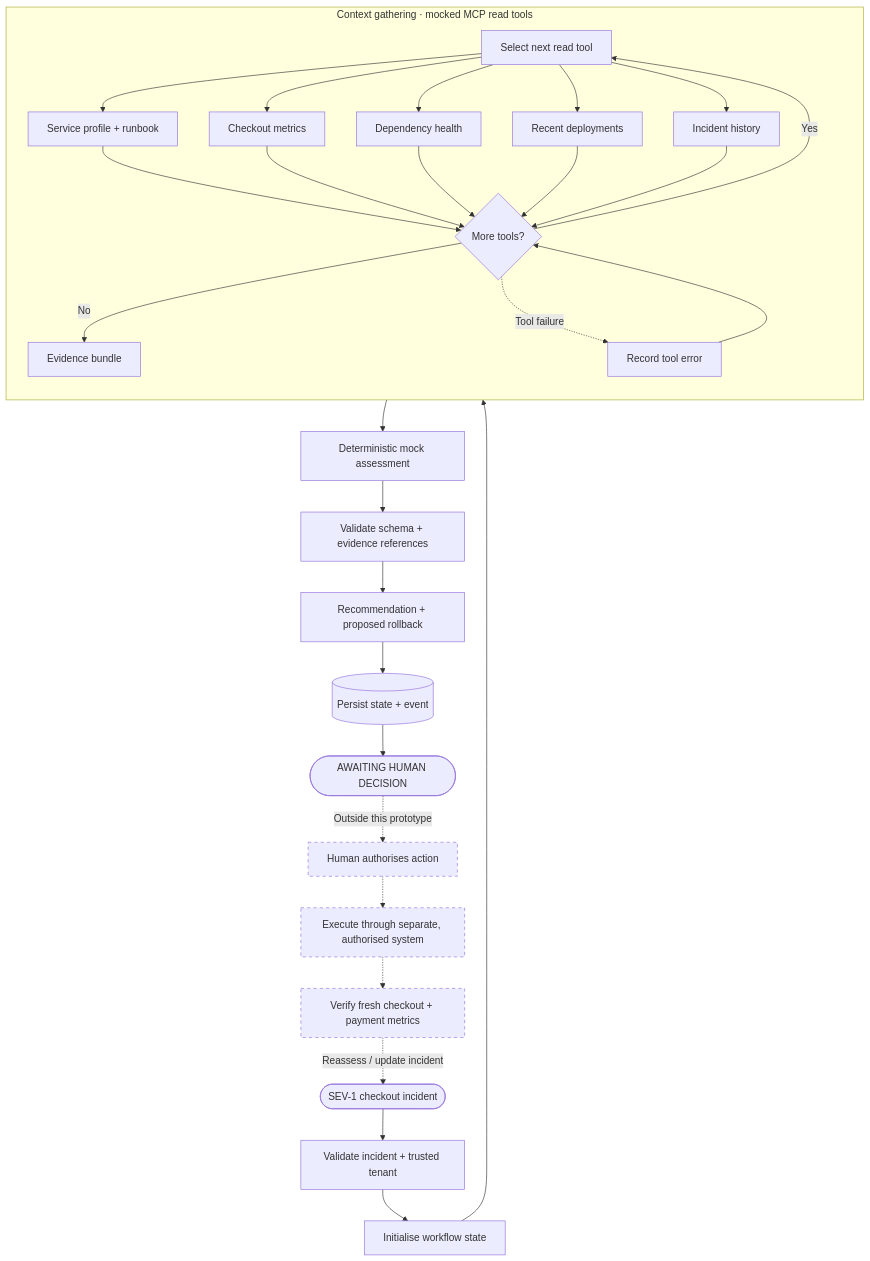
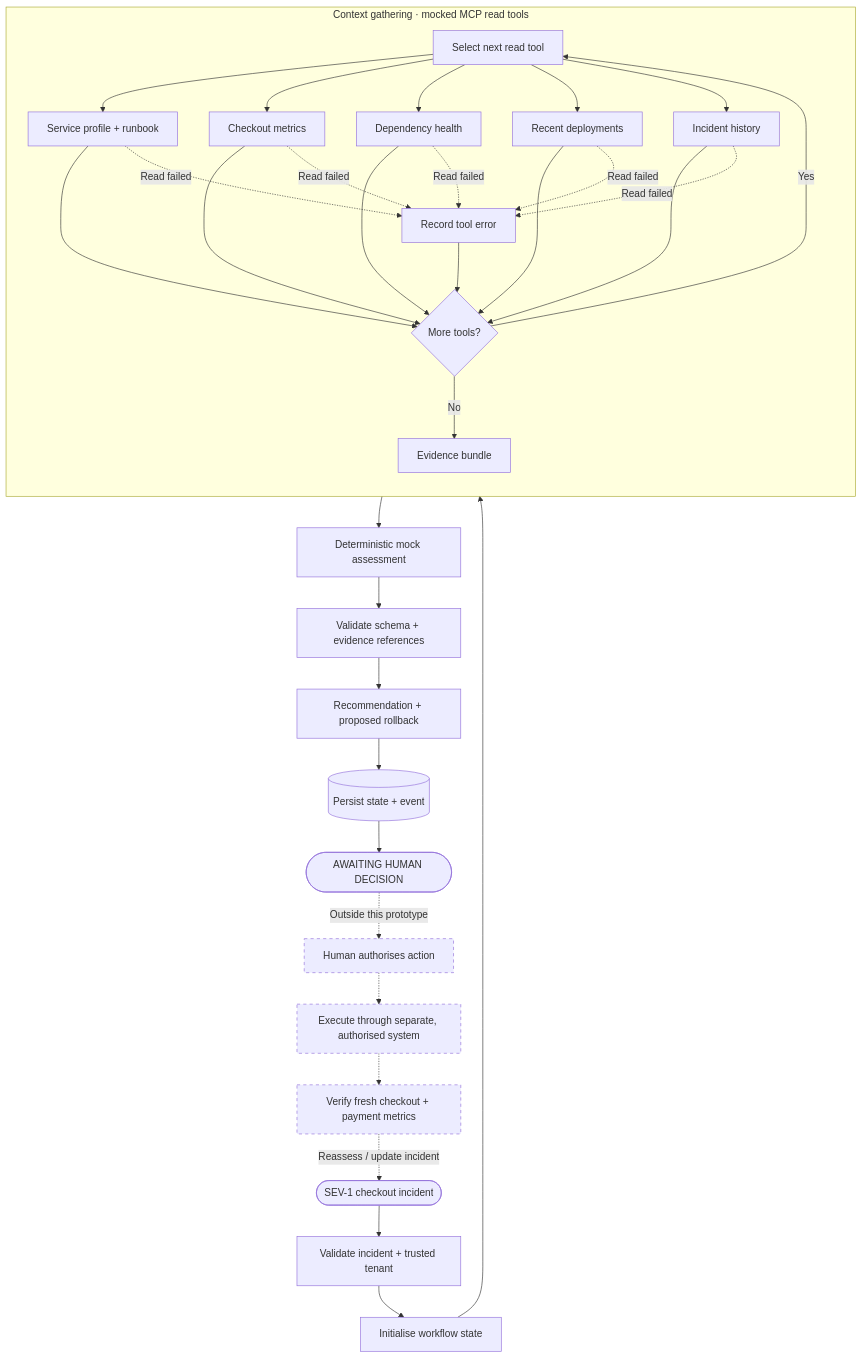
The diagram in README.md (rudolfo-felix/pager-duty), drawn with Mermaid before and after one commit.

Commit message:
Clarify tool failure feedback path in diagram

````diff
--- a/README.md
+++ b/README.md
@@ -7,36 +7,36 @@
 ```mermaid
 flowchart TD
     A(["SEV-1 checkout incident"]) --> B["Validate incident + trusted tenant"]
     B --> C["Initialise workflow state"]
 
     subgraph G["Context gathering · mocked MCP read tools"]
       direction TB
       D["Select next read tool"]
       T1["Service profile + runbook"]
       T2["Checkout metrics"]
       T3["Dependency health"]
       T4["Recent deployments"]
       T5["Incident history"]
       D --> T1 & T2 & T3 & T4 & T5
       T1 & T2 & T3 & T4 & T5 --> R{"More tools?"}
+      T1 & T2 & T3 & T4 & T5 -. "Read failed" .-> X["Record tool error"]
+      X --> R
       R -- "Yes" --> D
       R -- "No" --> E["Evidence bundle"]
-      R -. "Tool failure" .-> X["Record tool error"]
-      X --> R
     end
 
     C --> D
     E --> F["Deterministic mock assessment"]
     F --> V["Validate schema + evidence references"]
     V --> H["Recommendation + proposed rollback"]
     H --> P[("Persist state + event")]
     P --> W(["AWAITING HUMAN DECISION"])
 
     W -. "Outside this prototype" .-> A1["Human authorises action"]
     A1 -.-> A2["Execute through separate, authorised system"]
     A2 -.-> A3["Verify fresh checkout + payment metrics"]
     A3 -. "Reassess / update incident" .-> A
 
     classDef boundary stroke-dasharray:5 5
     class A1,A2,A3 boundary
 ```
````
